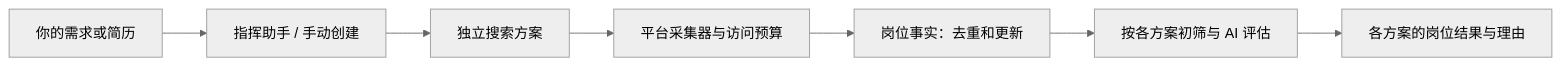
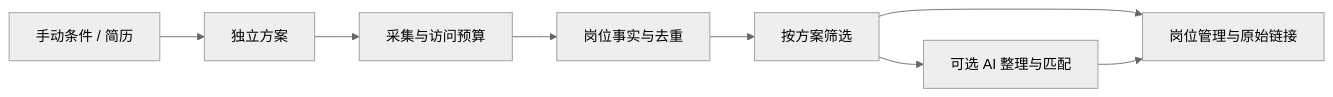
One commit to ChinaCs7/job-radar changed the diagram in README.md. Above: the diagram before and after it, drawn with Mermaid (neutral theme). The commit also changed other lines of this file and 13 other files, not shown here.

````diff
--- a/README.md
+++ b/README.md
@@ -11,9 +123,10 @@
 ```mermaid
 flowchart LR
-  A[你的需求或简历] --> B[指挥助手 / 手动创建]
-  B --> C[独立搜索方案]
-  C --> D[平台采集器与访问预算]
-  D --> E[岗位事实：去重和更新]
-  E --> F[按各方案初筛与 AI 评估]
-  F --> G[各方案的岗位结果与理由]
+    A[手动条件 / 简历] --> B[独立方案]
+    B --> C[采集与访问预算]
+    C --> D[岗位事实与去重]
+    D --> E[按方案筛选]
+    E --> F[岗位管理与原始链接]
+    E --> G[可选 AI 整理与匹配]
+    G --> F
 ```
````
